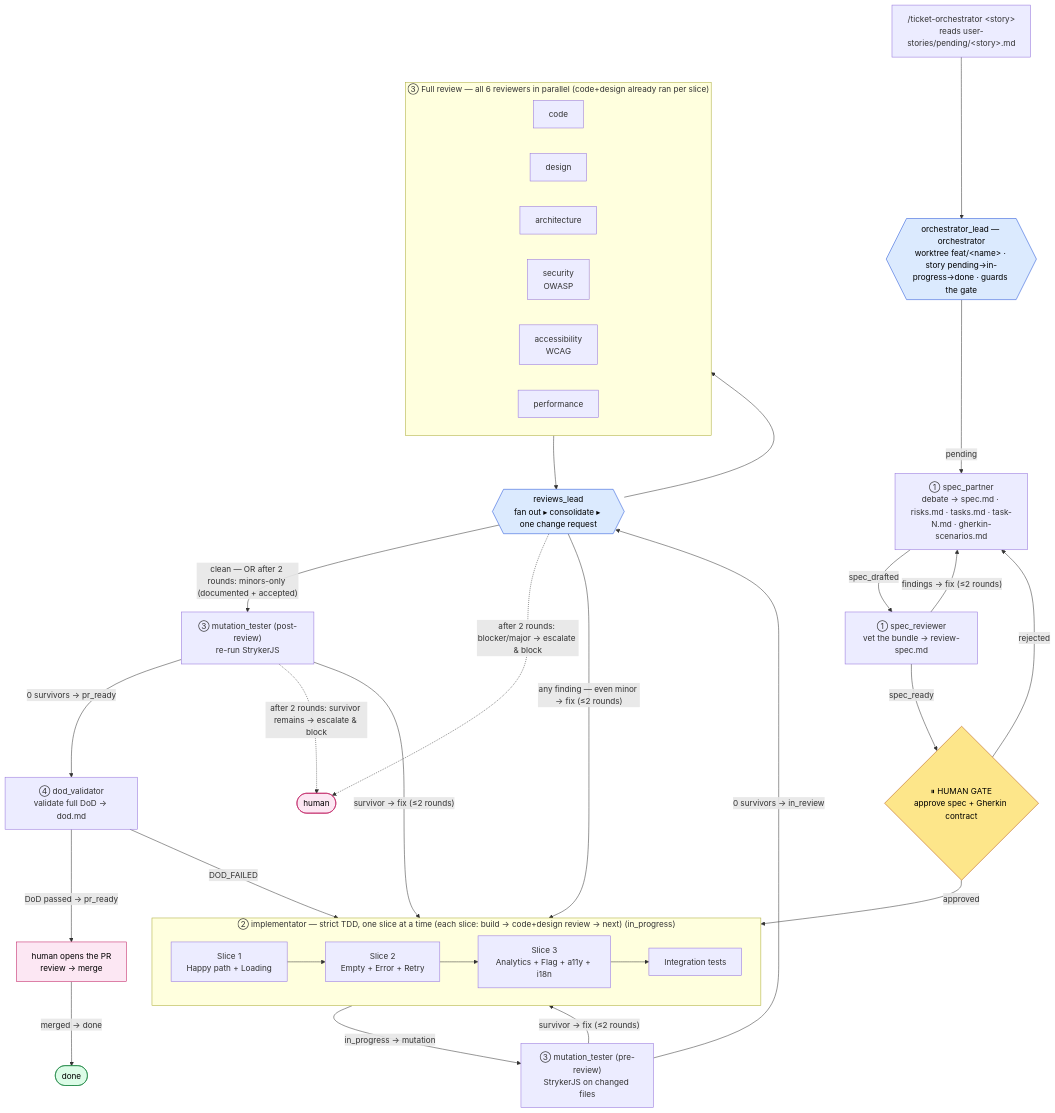
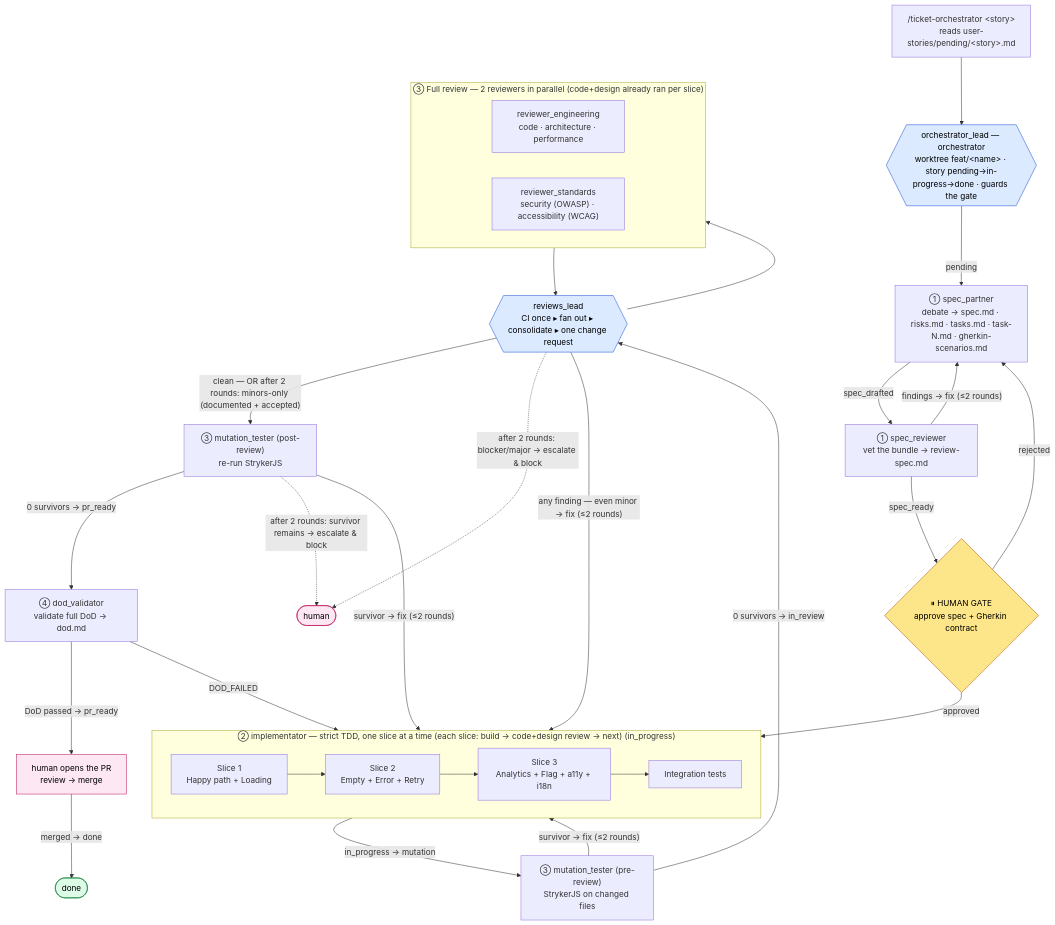
The diagram in ORCHESTRATOR_PLAN.md (LIDR-academy/AI4Devs-finalproject), drawn with Mermaid before and after one commit. The commit also changed other lines of this file and 18 other files, not shown here.

````diff
--- a/ORCHESTRATOR_PLAN.md
+++ b/ORCHESTRATOR_PLAN.md
@@ -165,52 +163,48 @@
 ```mermaid
 flowchart TD
     CLI["/ticket-orchestrator &lt;story&gt;<br/>reads user-stories/pending/&lt;story&gt;.md"] --> LEAD{{"orchestrator_lead — orchestrator<br/>worktree feat/&lt;name&gt; · story pending→in-progress→done · guards the gate"}}
 
     LEAD -->|pending| P1["① spec_partner<br/>debate → spec.md · risks.md · tasks.md · task-N.md · gherkin-scenarios.md"]
     P1 -->|spec_drafted| SR["① spec_reviewer<br/>vet the bundle → review-spec.md"]
     SR -->|"findings → fix (≤2 rounds)"| P1
     SR -->|spec_ready| GATE{"⏸ HUMAN GATE<br/>approve spec + Gherkin contract"}
     GATE -->|rejected| P1
 
     GATE -->|"approved"| P3G
     subgraph P3G["② implementator — strict TDD, one slice at a time (each slice: build → code+design review → next) (in_progress)"]
         direction LR
         S1["Slice 1<br/>Happy path + Loading"] --> S2["Slice 2<br/>Empty + Error + Retry"] --> S3["Slice 3<br/>Analytics + Flag + a11y + i18n"] --> INT["Integration tests"]
     end
 
     P3G -->|"in_progress → mutation"| MUTPRE["③ mutation_tester (pre-review)<br/>StrykerJS on changed files"]
     MUTPRE -->|"survivor → fix (≤2 rounds)"| P3G
     MUTPRE -->|"0 survivors → in_review"| RL
 
-    subgraph RV["③ Full review — all 6 reviewers in parallel (code+design already ran per slice)"]
+    subgraph RV["③ Full review — 2 reviewers in parallel (code+design already ran per slice)"]
         direction LR
-        R1["code"]
-        R2["design"]
-        R3["architecture"]
-        R4["security<br/>OWASP"]
-        R5["accessibility<br/>WCAG"]
-        R6["performance"]
+        R1["reviewer_engineering<br/>code · architecture · performance"]
+        R2["reviewer_standards<br/>security (OWASP) · accessibility (WCAG)"]
     end
-    RL{{"reviews_lead<br/>fan out ▸ consolidate ▸ one change request"}}
+    RL{{"reviews_lead<br/>CI once ▸ fan out ▸ consolidate ▸ one change request"}}
     RL --> RV
     RV --> RL
 
     RL -->|"any finding — even minor → fix (≤2 rounds)"| P3G
     RL -->|"clean — OR after 2 rounds: minors-only (documented + accepted)"| MUTPOST["③ mutation_tester (post-review)<br/>re-run StrykerJS"]
     RL -.->|"after 2 rounds: blocker/major → escalate & block"| ESC(["human"])
     MUTPOST -->|"survivor → fix (≤2 rounds)"| P3G
     MUTPOST -->|"0 survivors → pr_ready"| DV["④ dod_validator<br/>validate full DoD → dod.md"]
     MUTPOST -.->|"after 2 rounds: survivor remains → escalate & block"| ESC
     DV -->|DOD_FAILED| P3G
     DV -->|"DoD passed → pr_ready"| HPR["human opens the PR<br/>review → merge"]
     HPR -->|merged → done| DONE(["done"])
 
     classDef gate fill:#fde68a,stroke:#b45309,color:#000;
     classDef lead fill:#dbeafe,stroke:#1d4ed8,color:#000;
     classDef terminal fill:#dcfce7,stroke:#15803d,color:#000;
     classDef human fill:#fce7f3,stroke:#be185d,color:#000;
     class GATE gate;
     class LEAD,RL lead;
     class HPR,ESC human;
     class DONE terminal;
 ```
````
